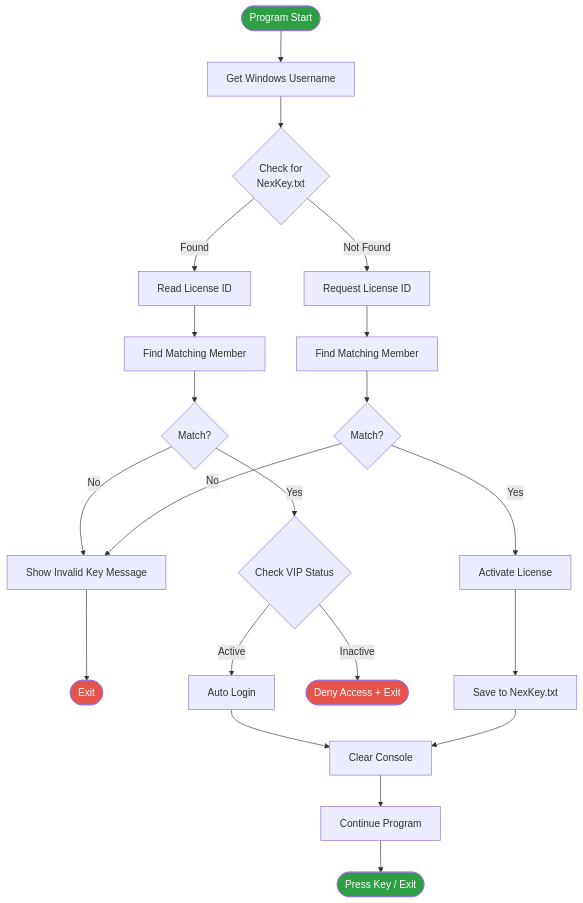
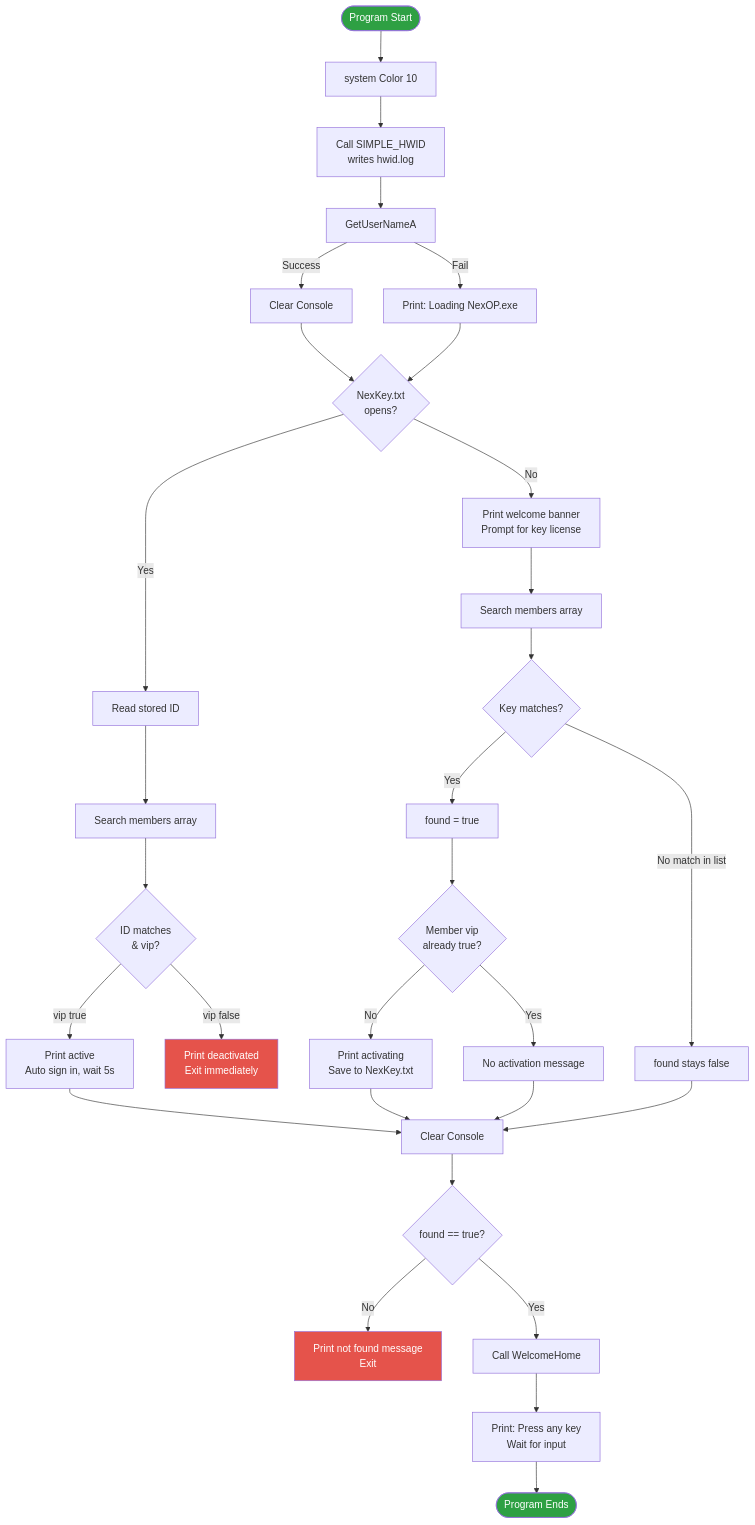
One commit to Kilovfhh/simple-keysystem-in-cpp changed the first of 2 diagrams in README.md. Above: the diagram before and after it, drawn with Mermaid. The commit also changed other lines of this file, not shown here.

First line of the commit message:
Enhance README with HWID and license details

````diff
--- a/README.md
+++ b/README.md
@@ -62,38 +69,45 @@
 ```mermaid
 flowchart TD
-    Start([Program Start]) --> User[Get Windows Username]
-    User --> Check{Check for<br/>NexKey.txt}
+    Start([Program Start]) --> Color[system Color 10]
+    Color --> HWID[Call SIMPLE_HWID<br/>writes hwid.log]
+    HWID --> User[GetUserNameA]
 
-    Check -->|Found| ReadID[Read License ID]
-    Check -->|Not Found| AskID[Request License ID]
+    User -->|Success| ClearA[Clear Console]
+    User -->|Fail| ErrMsg[Print: Loading NexOP.exe]
+    ErrMsg --> Check
+    ClearA --> Check{NexKey.txt<br/>opens?}
 
-    ReadID --> FindA[Find Matching Member]
-    AskID --> FindB[Find Matching Member]
+    Check -->|Yes| ReadID[Read stored ID]
+    Check -->|No| Banner[Print welcome banner<br/>Prompt for key license]
 
-    FindA --> MatchA{Match?}
-    FindB --> MatchB{Match?}
+    ReadID --> LoopA[Search members array]
+    Banner --> LoopB[Search members array]
 
-    MatchA -->|Yes| VIP{Check VIP Status}
-    MatchA -->|No| Invalid[Show Invalid Key Message]
+    LoopA --> MatchA{ID matches<br/>&amp; vip?}
+    MatchA -->|vip true| Active[Print active<br/>Auto sign in, wait 5s]
+    MatchA -->|vip false| Denied[Print deactivated<br/>Exit immediately]
 
-    MatchB -->|Yes| Activate[Activate License]
-    MatchB -->|No| Invalid
+    LoopB --> MatchB{Key matches?}
+    MatchB -->|Yes| SetFound[found = true]
+    MatchB -->|No match in list| NoMatch[found stays false]
 
-    Invalid --> ExitA([Exit])
+    SetFound --> VipCheck{Member vip<br/>already true?}
+    VipCheck -->|No| Activate[Print activating<br/>Save to NexKey.txt]
+    VipCheck -->|Yes| SkipActivate[No activation message]
+    Activate --> ClearB
+    SkipActivate --> ClearB
 
-    VIP -->|Active| AutoLogin[Auto Login]
-    VIP -->|Inactive| Deny([Deny Access + Exit])
+    Active --> ClearB[Clear Console]
+    NoMatch --> ClearB
 
-    Activate --> Save[Save to NexKey.txt]
-
-    AutoLogin --> Clear[Clear Console]
-    Save --> Clear
-
-    Clear --> Continue[Continue Program]
-    Continue --> PressKey([Press Key / Exit])
+    ClearB --> FoundCheck{found == true?}
+    FoundCheck -->|No| Fail[Print not found message<br/>Exit]
+    FoundCheck -->|Yes| Welcome[Call WelcomeHome]
+    Welcome --> PressKey[Print: Press any key<br/>Wait for input]
+    PressKey --> End([Program Ends])
 
     style Start fill:#2ea043,color:#fff
-    style ExitA fill:#e5534b,color:#fff
-    style Deny fill:#e5534b,color:#fff
-    style PressKey fill:#2ea043,color:#fff
+    style Denied fill:#e5534b,color:#fff
+    style Fail fill:#e5534b,color:#fff
+    style End fill:#2ea043,color:#fff
 ```
````
